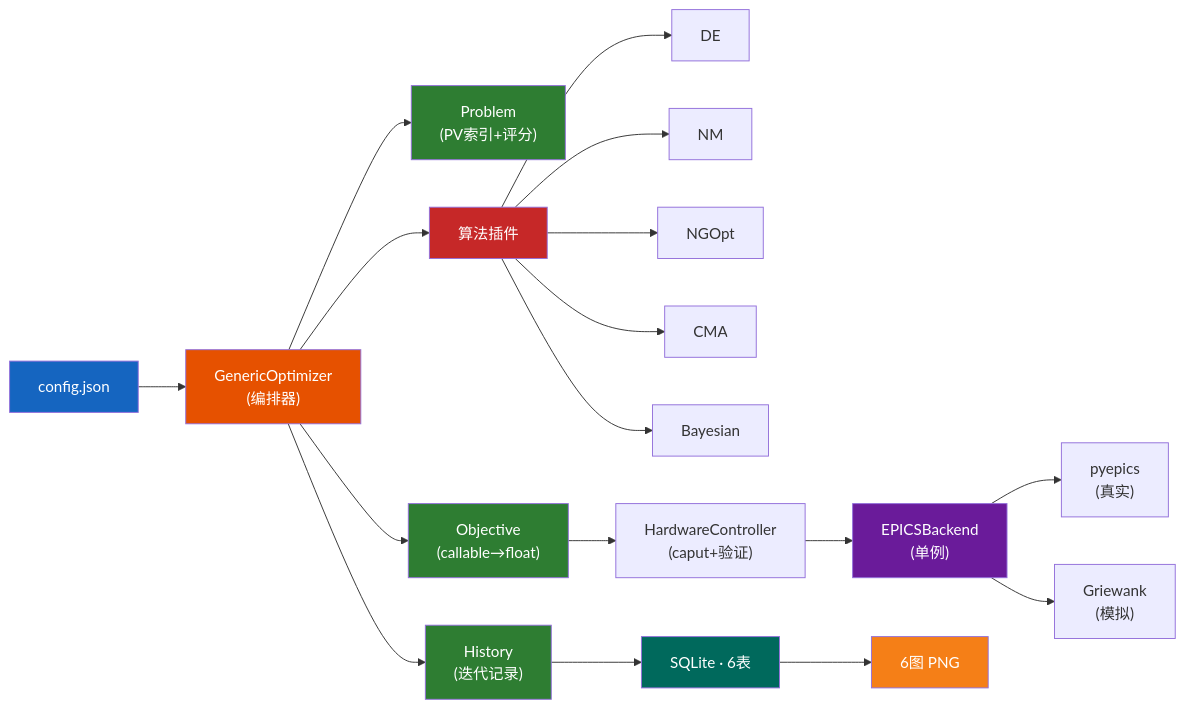
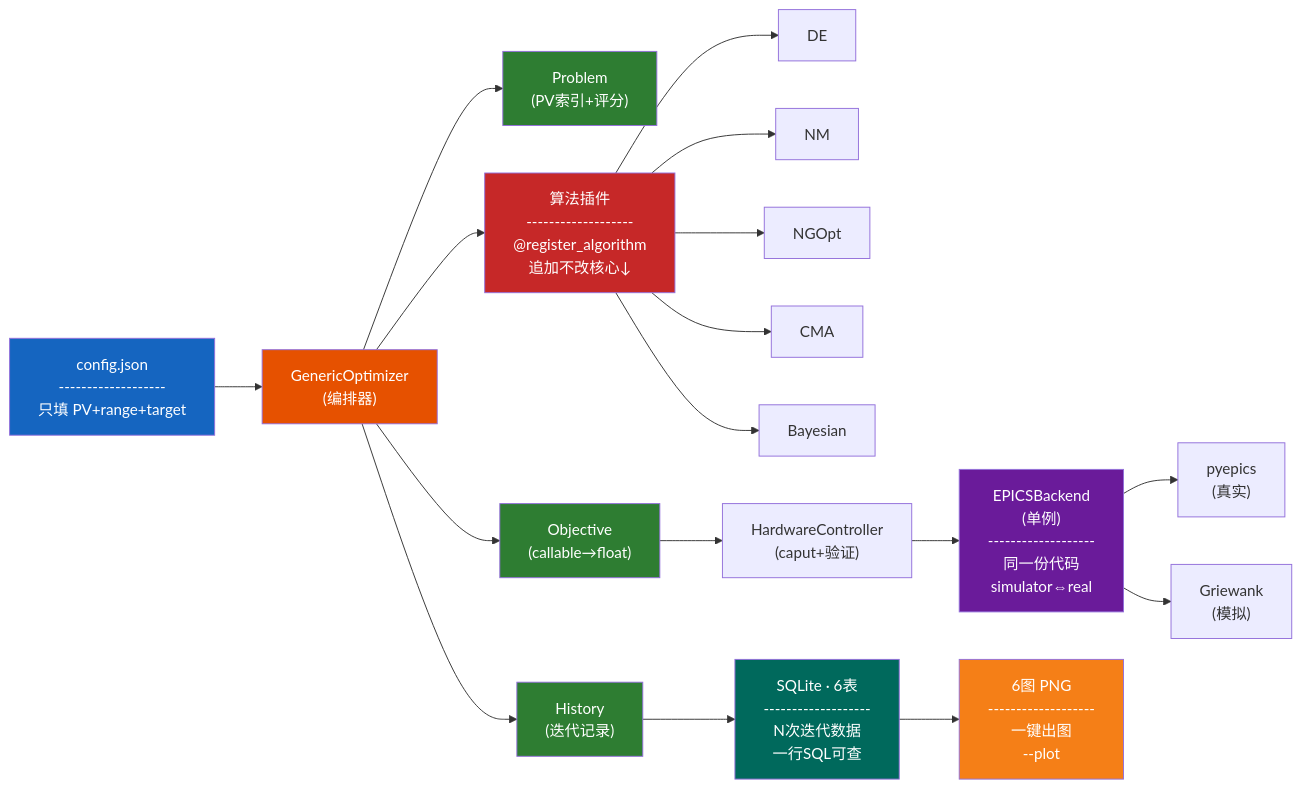
Before and after one commit to nightBrise/General-EPICS-Optimization-Tool: the diagram in README.md, drawn with Mermaid.

Commit message:
docs: Mermaid图中添加通用性注解

````diff
--- a/README.md
+++ b/README.md
@@ -67,25 +67,25 @@
 ```mermaid
 flowchart LR
-    A["config.json"] --> B["GenericOptimizer<br/>(编排器)"]
+    A["config.json<br/>-------------------<br/>只填 PV+range+target"] --> B["GenericOptimizer<br/>(编排器)"]
     B --> C["Problem<br/>(PV索引+评分)"]
     B --> D["History<br/>(迭代记录)"]
     B --> E["Objective<br/>(callable→float)"]
-    B --> F["算法插件"]
+    B --> F["算法插件<br/>-------------------<br/>@register_algorithm<br/>追加不改核心↓"]
     F --> F1["DE"] & F2["NM"] & F3["NGOpt"] & F4["CMA"] & F5["Bayesian"]
     E --> G["HardwareController<br/>(caput+验证)"]
-    G --> H["EPICSBackend<br/>(单例)"]
+    G --> H["EPICSBackend<br/>(单例)<br/>-------------------<br/>同一份代码<br/>simulator⇔real"]
     H --> H1["pyepics<br/>(真实)"]
     H --> H2["Griewank<br/>(模拟)"]
-    D --> I["SQLite · 6表"]
-    I --> J["6图 PNG"]
+    D --> I["SQLite · 6表<br/>-------------------<br/>N次迭代数据<br/>一行SQL可查"]
+    I --> J["6图 PNG<br/>-------------------<br/>一键出图<br/>--plot"]
 
     style A fill:#1565c0,color:#fff
     style B fill:#e65100,color:#fff
     style C fill:#2e7d32,color:#fff
     style D fill:#2e7d32,color:#fff
     style E fill:#2e7d32,color:#fff
     style F fill:#c62828,color:#fff
     style H fill:#6a1b9a,color:#fff
     style I fill:#00695c,color:#fff
     style J fill:#f57f17,color:#fff
 ```
````
